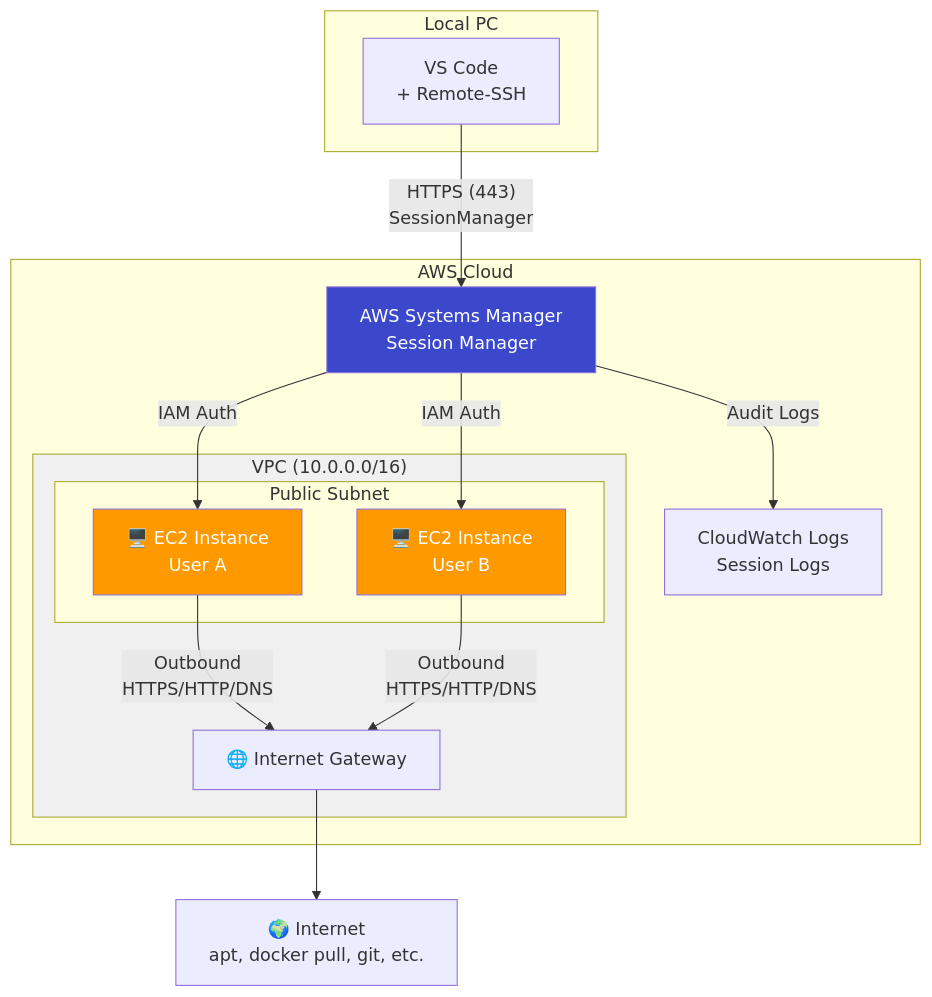
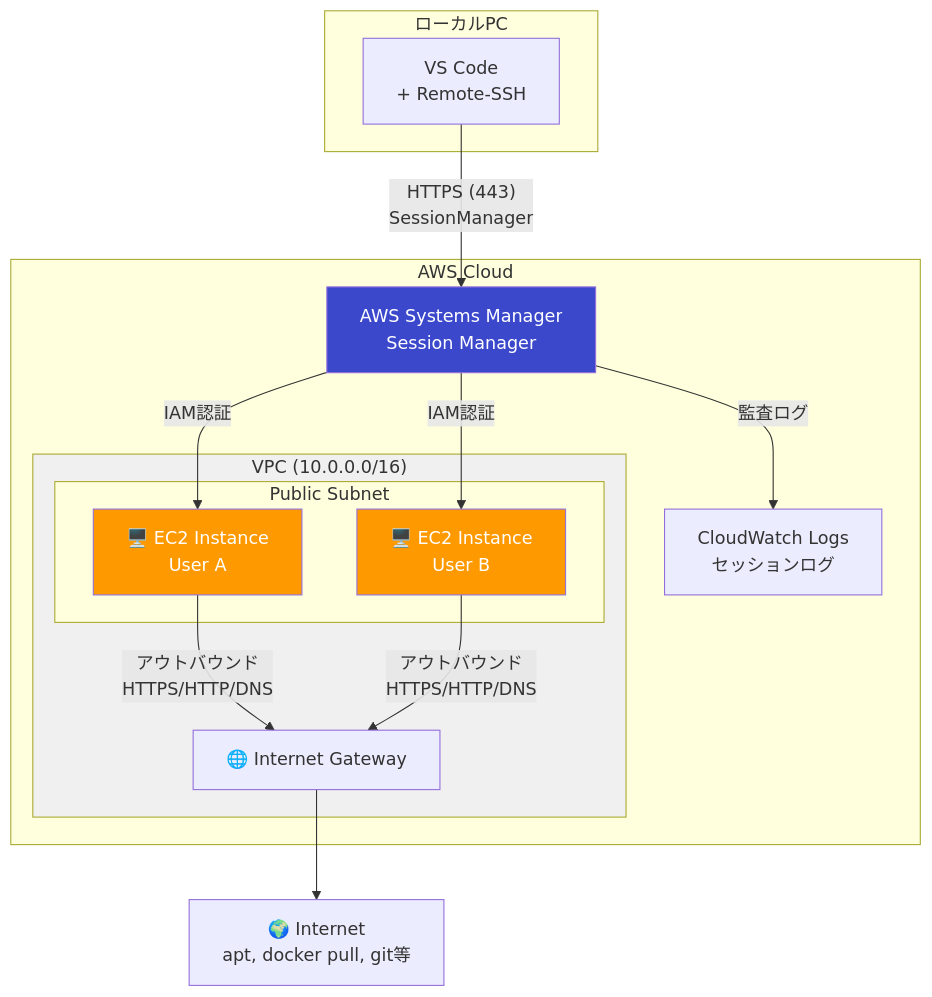
The first of 4 diagrams in README.md (sukekyo26/ec2-workstation), drawn with Mermaid before and after one commit. The commit also changed other lines of this file and 3 other files, not shown here.

````diff
--- a/README.md
+++ b/README.md
@@ -29,30 +27,30 @@
 ```mermaid
 flowchart TB
     subgraph AWS["AWS Cloud"]
         subgraph VPC["VPC (10.0.0.0/16)"]
             subgraph Subnet["Public Subnet"]
                 EC2A["🖥️ EC2 Instance<br/>User A"]
                 EC2B["🖥️ EC2 Instance<br/>User B"]
             end
             IGW["🌐 Internet Gateway"]
         end
         SSM["AWS Systems Manager<br/>Session Manager"]
-        CW["CloudWatch Logs<br/>Session Logs"]
+        CW["CloudWatch Logs<br/>セッションログ"]
     end
 
-    subgraph Local["Local PC"]
+    subgraph Local["ローカルPC"]
         VSCode["VS Code<br/>+ Remote-SSH"]
     end
 
     VSCode -->|"HTTPS (443)<br/>SessionManager"| SSM
-    SSM -->|"IAM Auth"| EC2A
-    SSM -->|"IAM Auth"| EC2B
-    SSM -->|"Audit Logs"| CW
-    EC2A & EC2B -->|"Outbound<br/>HTTPS/HTTP/DNS"| IGW
-    IGW --> Internet["🌍 Internet<br/>apt, docker pull, git, etc."]
+    SSM -->|"IAM認証"| EC2A
+    SSM -->|"IAM認証"| EC2B
+    SSM -->|"監査ログ"| CW
+    EC2A & EC2B -->|"アウトバウンド<br/>HTTPS/HTTP/DNS"| IGW
+    IGW --> Internet["🌍 Internet<br/>apt, docker pull, git等"]
 
     style EC2A fill:#ff9900,color:#fff
     style EC2B fill:#ff9900,color:#fff
     style SSM fill:#3b48cc,color:#fff
     style VPC fill:#f0f0f0
 ```
````
